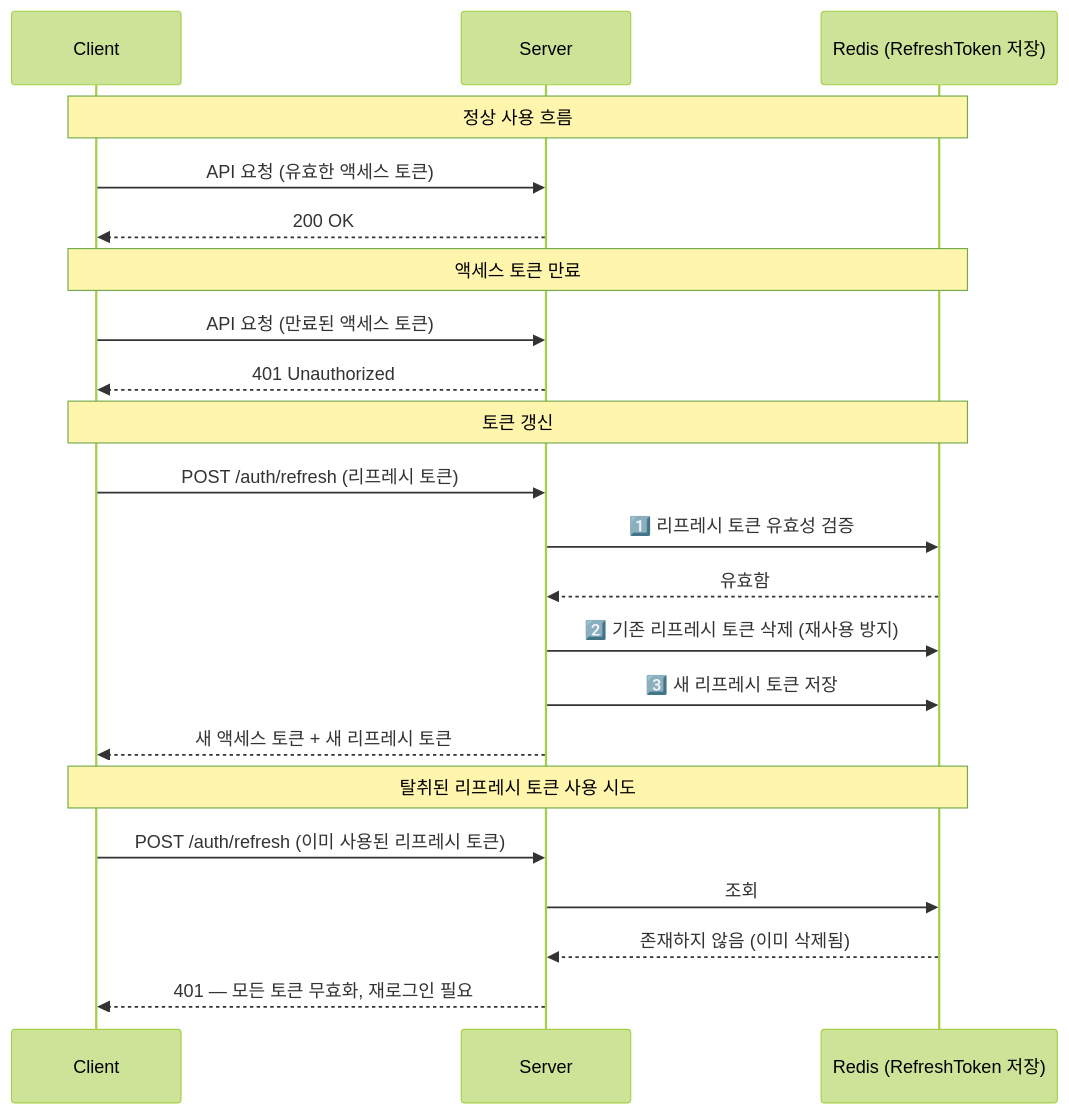
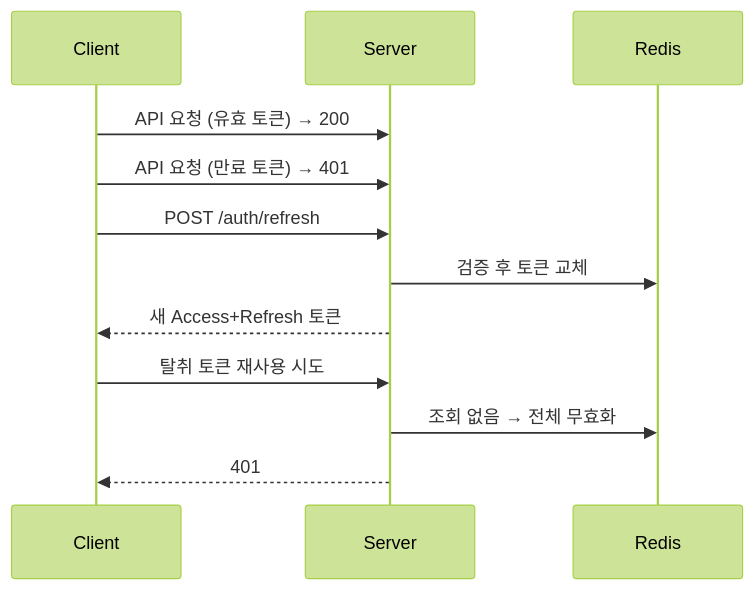
Before and after one commit to yjkim2015/yjkim2015.github.io: the fourth of 7 diagrams in _posts/spring/2026-05-02-spring-security-deep.md, drawn with Mermaid (forest theme). The commit also changed other lines of this file and 215 other files, not shown here.

First line of the commit message:
신규 포스트 10개 추가 + Mermaid 전면 축소 + SystemDesign 시리즈 보강

````diff
--- a/_posts/spring/2026-05-02-spring-security-deep.md
+++ b/_posts/spring/2026-05-02-spring-security-deep.md
@@ -362,28 +344,14 @@
 ```mermaid
 sequenceDiagram
     participant C as Client
     participant S as Server
-    participant DB as Redis (RefreshToken 저장)
-
-    Note over C,DB: 정상 사용 흐름
-    C->>S: API 요청 (유효한 액세스 토큰)
-    S-->>C: 200 OK
-
-    Note over C,DB: 액세스 토큰 만료
-    C->>S: API 요청 (만료된 액세스 토큰)
-    S-->>C: 401 Unauthorized
-
-    Note over C,DB: 토큰 갱신
-    C->>S: POST /auth/refresh (리프레시 토큰)
-    S->>DB: 1️⃣ 리프레시 토큰 유효성 검증
-    DB-->>S: 유효함
-    S->>DB: 2️⃣ 기존 리프레시 토큰 삭제 (재사용 방지)
-    S->>DB: 3️⃣ 새 리프레시 토큰 저장
-    S-->>C: 새 액세스 토큰 + 새 리프레시 토큰
-
-    Note over C,DB: 탈취된 리프레시 토큰 사용 시도
-    C->>S: POST /auth/refresh (이미 사용된 리프레시 토큰)
-    S->>DB: 조회
-    DB-->>S: 존재하지 않음 (이미 삭제됨)
-    S-->>C: 401 — 모든 토큰 무효화, 재로그인 필요
+    participant DB as Redis
+    C->>S: API 요청 (유효 토큰) → 200
+    C->>S: API 요청 (만료 토큰) → 401
+    C->>S: POST /auth/refresh
+    S->>DB: 검증 후 토큰 교체
+    S-->>C: 새 Access+Refresh 토큰
+    C->>S: 탈취 토큰 재사용 시도
+    S->>DB: 조회 없음 → 전체 무효화
+    S-->>C: 401
 ```
````
